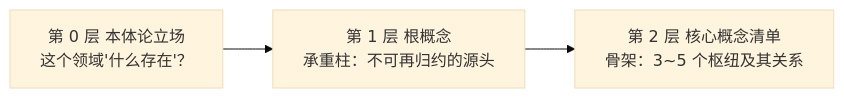
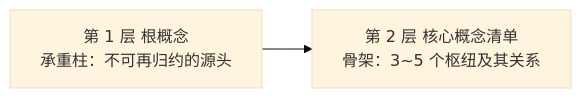
The second of 8 diagrams in 50-research/教材书/01-第1章-概念体系能力-学习能力的杠杆.md (Yongjunzhou/AOS-system-design), drawn with Mermaid (base theme) before and after one commit. The commit also changed other lines of this file and 13 other files, not shown here.

````diff
--- a/50-research/教材书/01-第1章-概念体系能力-学习能力的杠杆.md
+++ b/50-research/教材书/01-第1章-概念体系能力-学习能力的杠杆.md
@@ -200,5 +199,4 @@
 ```mermaid
 flowchart LR
-    A["第 0 层 本体论立场<br/>这个领域'什么存在'？"] --> B["第 1 层 根概念<br/>承重柱：不可再归约的源头"]
-    B --> C["第 2 层 核心概念清单<br/>骨架：3~5 个枢纽及其关系"]
+    A["第 1 层 根概念<br/>承重柱：不可再归约的源头"] --> B["第 2 层 核心概念清单<br/>骨架：3~5 个枢纽及其关系"]
 ```
````
